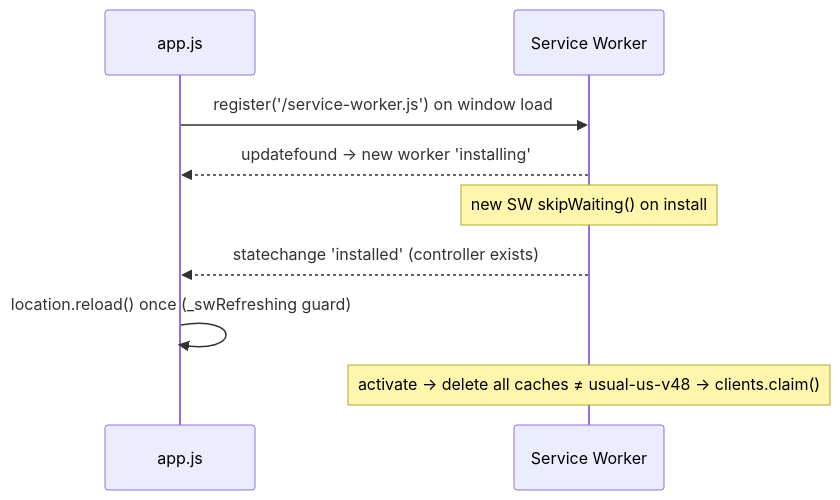
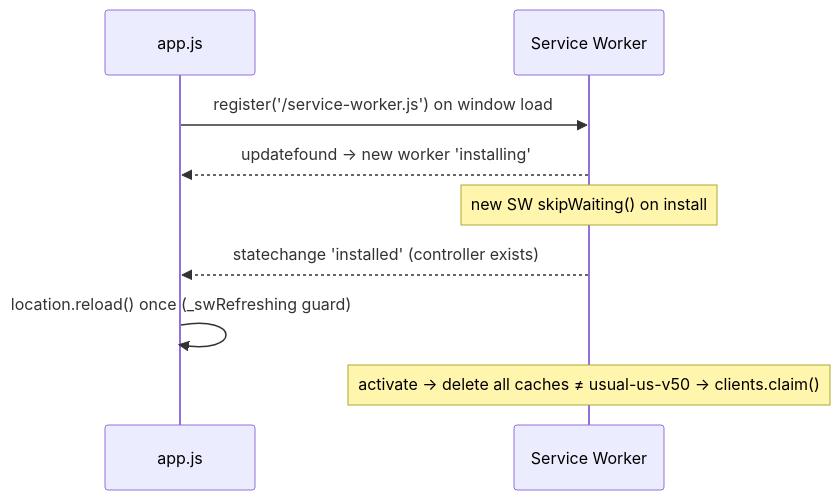
The second of 2 diagrams in docs/PWA_BIBLE.md (itskrishnabajaj/usual-us), drawn with Mermaid before and after one commit. The commit also changed other lines of this file and 6 other files, not shown here.

First line of the commit message:
docs: changelog entries for the timeline-video and us-tab-scroll fixes; cache v50

````diff
--- a/docs/PWA_BIBLE.md
+++ b/docs/PWA_BIBLE.md
@@ -54,11 +54,11 @@
 ```mermaid
 sequenceDiagram
     participant Page as app.js
     participant SW as Service Worker
     Page->>SW: register('/service-worker.js') on window load
     SW-->>Page: updatefound → new worker 'installing'
     Note over SW: new SW skipWaiting() on install
     SW-->>Page: statechange 'installed' (controller exists)
     Page->>Page: location.reload() once (_swRefreshing guard)
-    Note over SW: activate → delete all caches ≠ usual-us-v48 → clients.claim()
+    Note over SW: activate → delete all caches ≠ usual-us-v50 → clients.claim()
 ```
````
